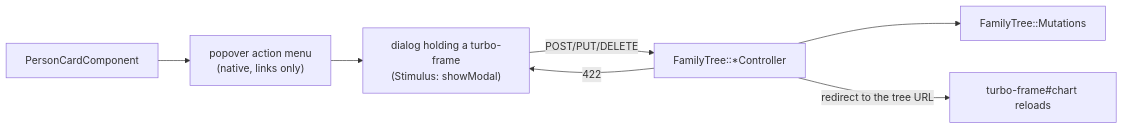
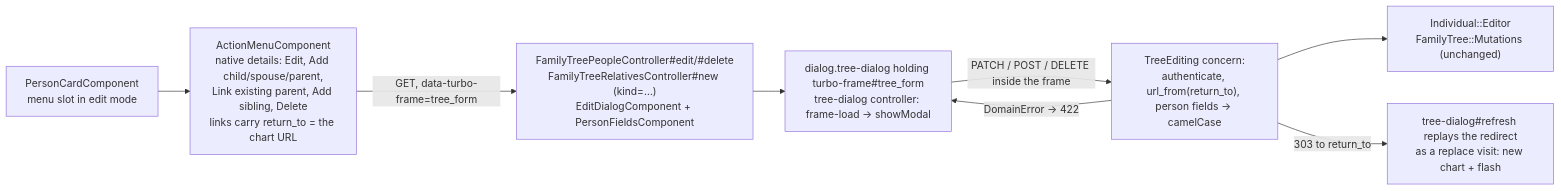
Before and after one commit to timothyjamesmarias/family_archive: the fourth of 4 diagrams in docs/family-tree-architecture.md, drawn with Mermaid. The commit also changed other lines of this file and 30 other files, not shown here.

First line of the commit message:
Add edit mode to the family-tree chart (#40)

````diff
--- a/docs/family-tree-architecture.md
+++ b/docs/family-tree-architecture.md
@@ -91,9 +92,10 @@
 ```mermaid
 flowchart LR
-    Card["PersonCardComponent"] --> Menu["popover action menu<br/>(native, links only)"]
-    Menu --> Dlg["dialog holding a turbo-frame<br/>(Stimulus: showModal)"]
-    Dlg -->|"POST/PUT/DELETE"| Ctl["FamilyTree::*Controller"]
-    Ctl --> Mut["FamilyTree::Mutations"]
-    Ctl -->|"redirect to the tree URL"| Frame["turbo-frame#chart reloads"]
-    Ctl -->|"422"| Dlg
+    Card["PersonCardComponent<br/>menu slot in edit mode"] --> Menu["ActionMenuComponent<br/>native details: Edit, Add child/spouse/parent,<br/>Link existing parent, Add sibling, Delete<br/>links carry return_to = the chart URL"]
+    Menu -->|"GET, data-turbo-frame=tree_form"| Forms["FamilyTreePeopleController#edit/#delete<br/>FamilyTreeRelativesController#new (kind=…)<br/>EditDialogComponent + PersonFieldsComponent"]
+    Forms --> Dlg["dialog.tree-dialog holding turbo-frame#tree_form<br/>tree-dialog controller: frame-load → showModal"]
+    Dlg -->|"PATCH / POST / DELETE inside the frame"| Ctl["TreeEditing concern:<br/>authenticate, url_from(return_to), person fields → camelCase"]
+    Ctl --> Mut["Individual::Editor<br/>FamilyTree::Mutations (unchanged)"]
+    Ctl -->|"303 to return_to"| Visit["tree-dialog#refresh replays the redirect<br/>as a replace visit: new chart + flash"]
+    Ctl -->|"DomainError → 422"| Dlg
 ```
````
